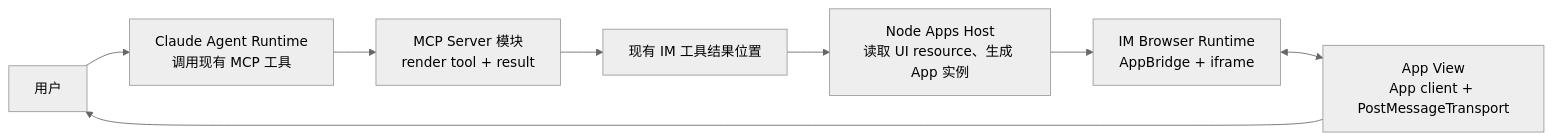
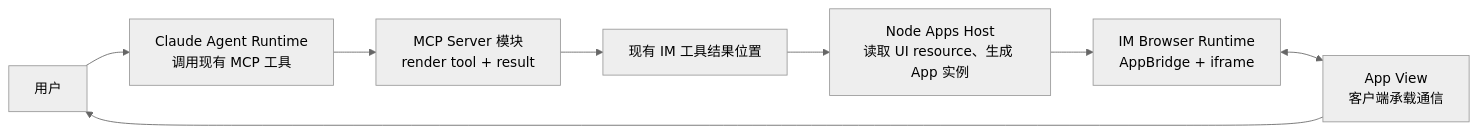
Before and after one commit to glide-the/im-dream: the first of 3 diagrams in docs/design/claude-agent/mcp-apps-integration-strategy.md, drawn with Mermaid (neutral theme). The commit also changed other lines of this file and 6 other files, not shown here.

````diff
--- a/docs/design/claude-agent/mcp-apps-integration-strategy.md
+++ b/docs/design/claude-agent/mcp-apps-integration-strategy.md
@@ -76,10 +74,10 @@
 ```mermaid
 flowchart LR
     U["用户"] --> A["Claude Agent Runtime<br/>调用现有 MCP 工具"]
     A --> S["MCP Server 模块<br/>render tool + result"]
     S --> B["现有 IM 工具结果位置"]
     B --> N["Node Apps Host<br/>读取 UI resource、生成 App 实例"]
     N --> B2["IM Browser Runtime<br/>AppBridge + iframe"]
-    B2 <--> V["App View<br/>App client + PostMessageTransport"]
+    B2 <--> V["App View<br/>客户端承载通信"]
     V --> U
 ```
````
